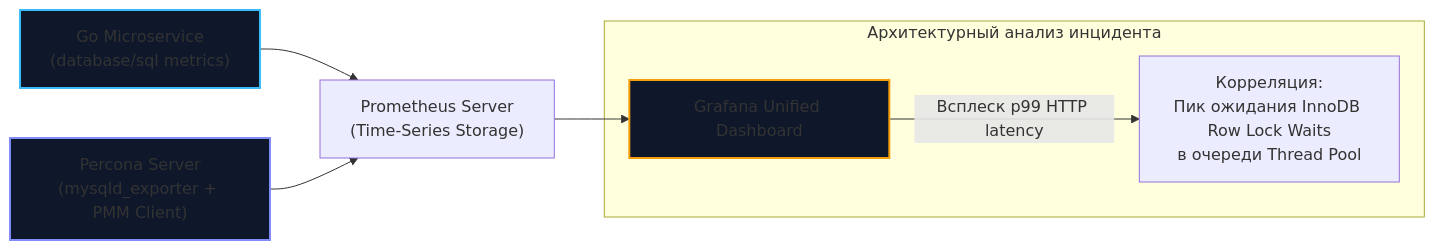
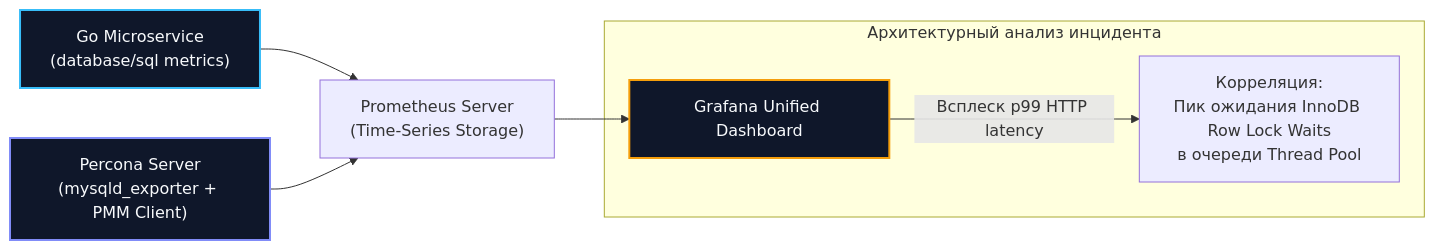
The second of 2 diagrams in sources/12. Базы данных/07. MySQL и форки/7. Percona Server.md (UnrealTemplier/go-textbook), drawn with Mermaid before and after one commit. The commit also changed other lines of this file and 310 other files, not shown here.

First line of the commit message:
fix(mermaid): replace light fill colors with dark palette for readability on dark theme

````diff
--- a/sources/12. Базы данных/07. MySQL и форки/7. Percona Server.md
+++ b/sources/12. Базы данных/07. MySQL и форки/7. Percona Server.md
@@ -105,14 +105,14 @@
 ```mermaid
 flowchart LR
     GoApp["Go Microservice<br>(database/sql metrics)"] --> Prometheus["Prometheus Server<br>(Time-Series Storage)"]
     Percona["Percona Server<br>(mysqld_exporter + PMM Client)"] --> Prometheus
     Prometheus --> Grafana["Grafana Unified Dashboard"]
     
     subgraph Analysis ["Архитектурный анализ инцидента"]
         Grafana -->|"Всплеск p99 HTTP latency"| Match["Корреляция:<br>Пик ожидания InnoDB Row Lock Waits<br>в очереди Thread Pool"]
     end
 
-    style GoApp fill:#0f172a,stroke:#38bdf8,stroke-width:2px
-    style Percona fill:#0f172a,stroke:#818cf8,stroke-width:2px
-    style Grafana fill:#0f172a,stroke:#f59e0b,stroke-width:2px
+    style GoApp fill:#0f172a,stroke:#38bdf8,stroke-width:2px,color:#f8fafc
+    style Percona fill:#0f172a,stroke:#818cf8,stroke-width:2px,color:#f8fafc
+    style Grafana fill:#0f172a,stroke:#f59e0b,stroke-width:2px,color:#f8fafc
 ```
````
